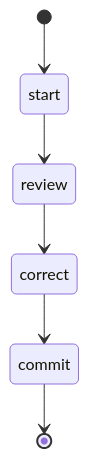
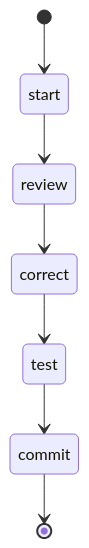
The diagram in builtin/workflows/review_issue.md (swissarmyhammer/swissarmyhammer), drawn with Mermaid before and after one commit. The commit also changed other lines of this file and 17 other files, not shown here.

````diff
--- a/builtin/workflows/review_issue.md
+++ b/builtin/workflows/review_issue.md
@@ -10,8 +10,9 @@
 ```mermaid
 stateDiagram-v2
     [*] --> start
     start --> review
     review --> correct
-    correct --> commit
+    correct --> test
+    test --> commit
     commit --> [*]
 ```
````
